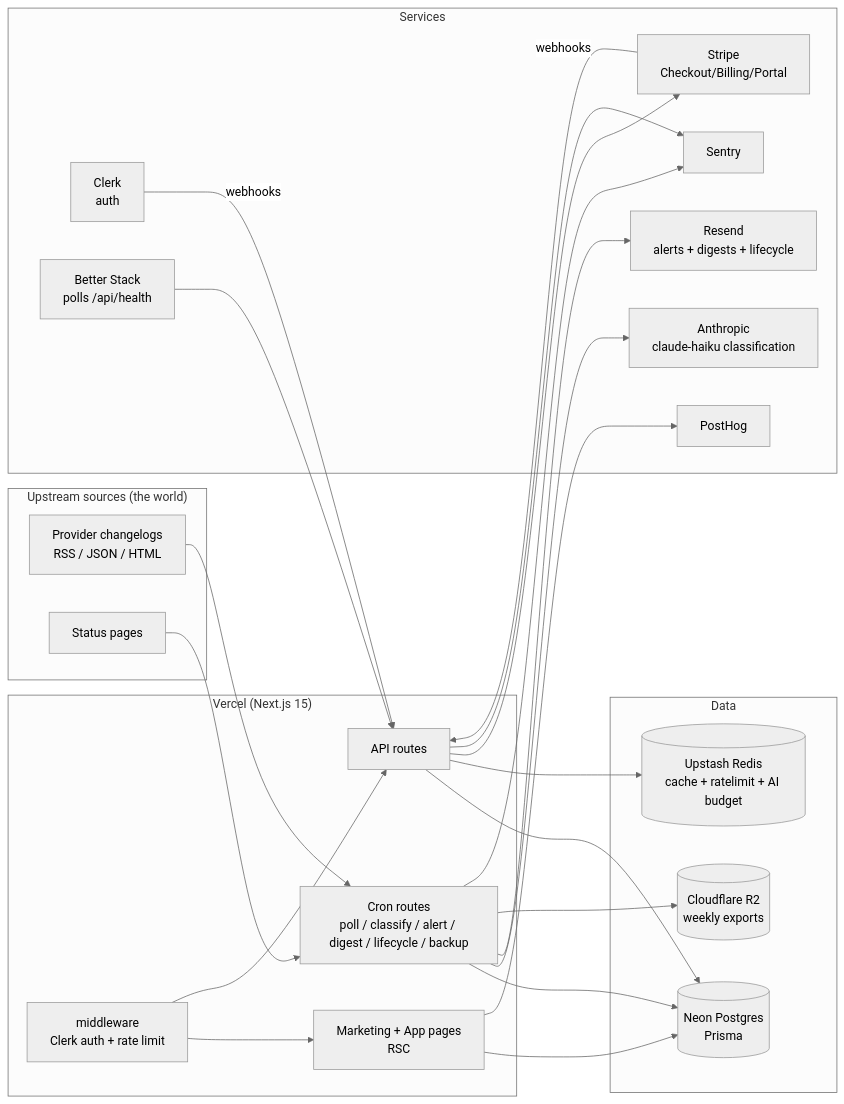
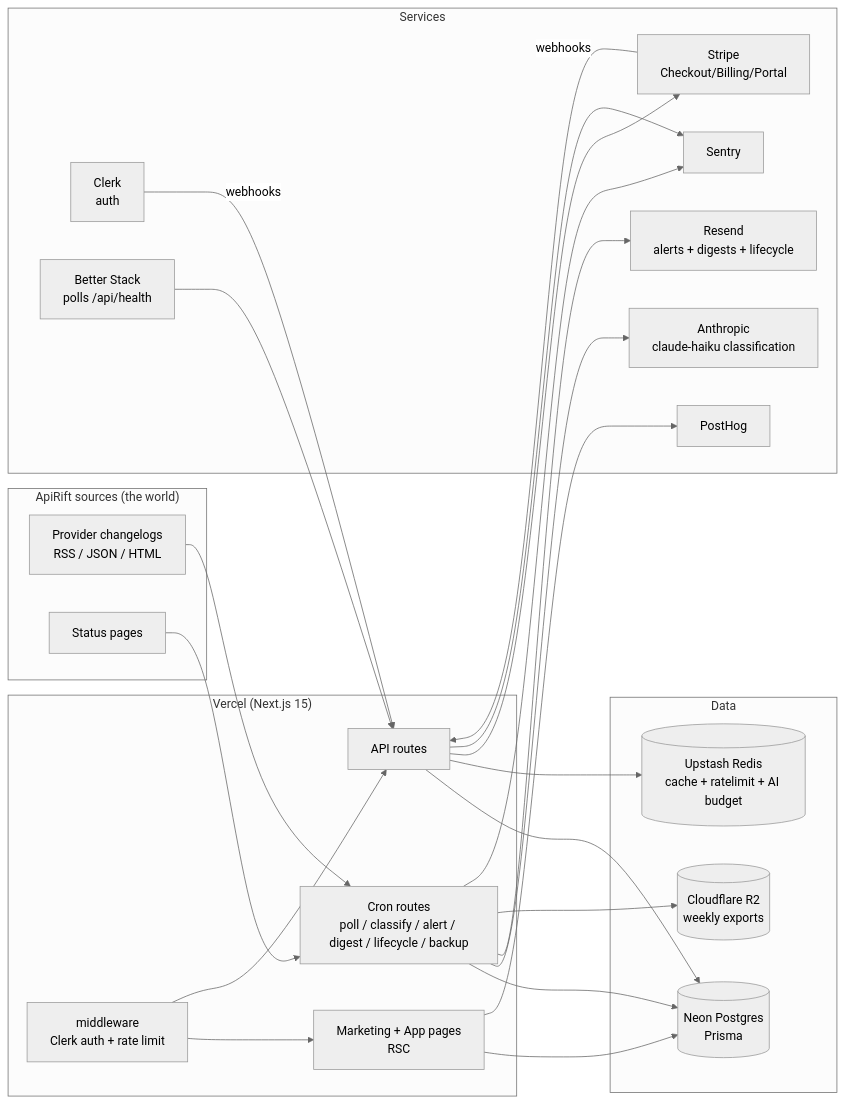
Before and after one commit to venwex1/apirift: the diagram in docs/ARCHITECTURE.md, drawn with Mermaid (neutral theme). The commit also changed other lines of this file and 54 other files, not shown here.

Commit message:
rebrand: Upstream → ApiRift across codebase

````diff
--- a/docs/ARCHITECTURE.md
+++ b/docs/ARCHITECTURE.md
@@ -8,45 +8,45 @@
 ```mermaid
 flowchart LR
-  subgraph External["Upstream sources (the world)"]
+  subgraph External["ApiRift sources (the world)"]
     CL[Provider changelogs<br/>RSS / JSON / HTML]
     ST[Status pages]
   end
 
   subgraph Vercel["Vercel (Next.js 15)"]
     MW[middleware<br/>Clerk auth + rate limit]
     WEB[Marketing + App pages<br/>RSC]
     API[API routes]
     CRON[Cron routes<br/>poll / classify / alert / digest / lifecycle / backup]
   end
 
   subgraph Data
     PG[(Neon Postgres<br/>Prisma)]
     RD[(Upstash Redis<br/>cache + ratelimit + AI budget)]
     R2[(Cloudflare R2<br/>weekly exports)]
   end
 
   subgraph Services
     AN[Anthropic<br/>claude-haiku classification]
     SP[Stripe<br/>Checkout/Billing/Portal]
     RS[Resend<br/>alerts + digests + lifecycle]
     CK[Clerk<br/>auth]
     SN[Sentry] 
     PH[PostHog]
     BS[Better Stack<br/>polls /api/health]
   end
 
   CL --> CRON
   ST --> CRON
   CRON --> PG
   CRON --> AN
   CRON --> RS
   CRON --> R2
   MW --> WEB & API
   API --> PG & RD & SP
   WEB --> PG
   SP -- webhooks --> API
   CK -- webhooks --> API
   BS --> API
   API & CRON --> SN
   WEB --> PH
 ```
````
